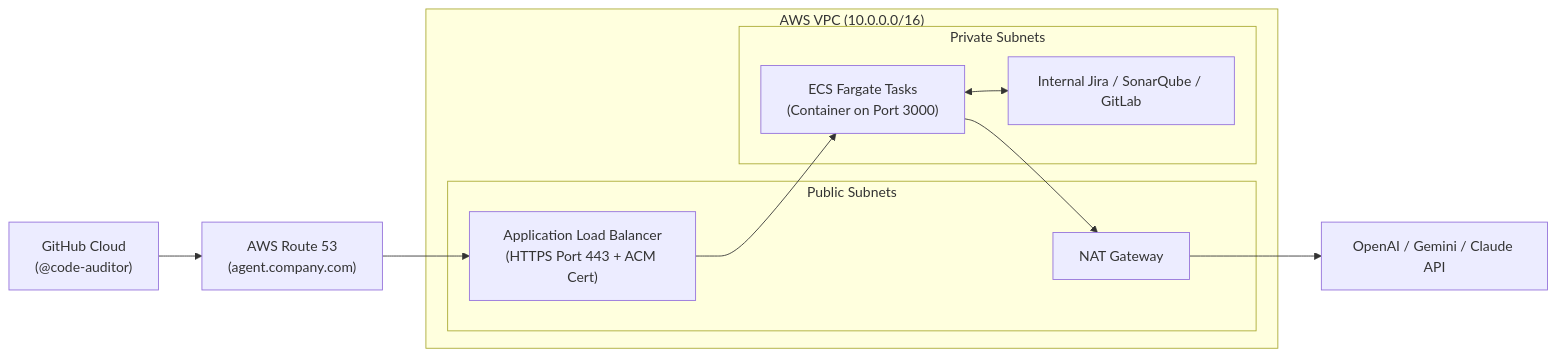
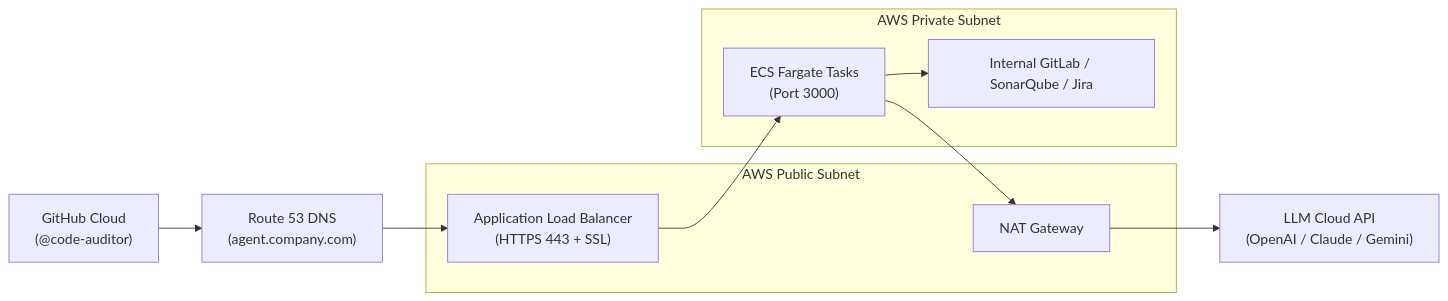
The third of 3 diagrams in ENTERPRISE_MCP_CODE_AUDITOR.md (AtulKumarKatiyar/secure-rag-assistant), drawn with Mermaid before and after one commit. The commit also changed other lines of this file, not shown here.

````diff
--- a/ENTERPRISE_MCP_CODE_AUDITOR.md
+++ b/ENTERPRISE_MCP_CODE_AUDITOR.md
@@ -357,20 +447,20 @@
 ```mermaid
 flowchart LR
-    GitHubGateway["GitHub Cloud\n(@code-auditor)"] --> Route53["AWS Route 53\n(agent.company.com)"]
-    Route53 --> ALB["Application Load Balancer\n(HTTPS Port 443 + ACM Cert)"]
+    GitHub["GitHub Cloud<br/>(@code-auditor)"] --> Route53["Route 53 DNS<br/>(agent.company.com)"]
+    Route53 --> ALB["Application Load Balancer<br/>(HTTPS 443 + SSL)"]
 
-    subgraph AWSVPC["AWS VPC (10.0.0.0/16)"]
-        subgraph PublicSubnets["Public Subnets"]
-            ALB
-            NATGateway["NAT Gateway"]
-        end
-
-        subgraph PrivateSubnets["Private Subnets"]
-            ALB --> FargateService["ECS Fargate Tasks\n(Container on Port 3000)"]
-            FargateService --> NATGateway
-            FargateService <--> InternalJira["Internal Jira / SonarQube / GitLab"]
-        end
+    subgraph PublicNet["AWS Public Subnet"]
+        ALB
+        NAT["NAT Gateway"]
     end
 
-    NATGateway --> PublicLLM["OpenAI / Gemini / Claude API"]
+    subgraph PrivateNet["AWS Private Subnet"]
+        Fargate["ECS Fargate Tasks<br/>(Port 3000)"]
+        InternalTools["Internal GitLab / SonarQube / Jira"]
+    end
+
+    ALB --> Fargate
+    Fargate --> InternalTools
+    Fargate --> NAT
+    NAT --> LLM["LLM Cloud API<br/>(OpenAI / Claude / Gemini)"]
 ```
````
